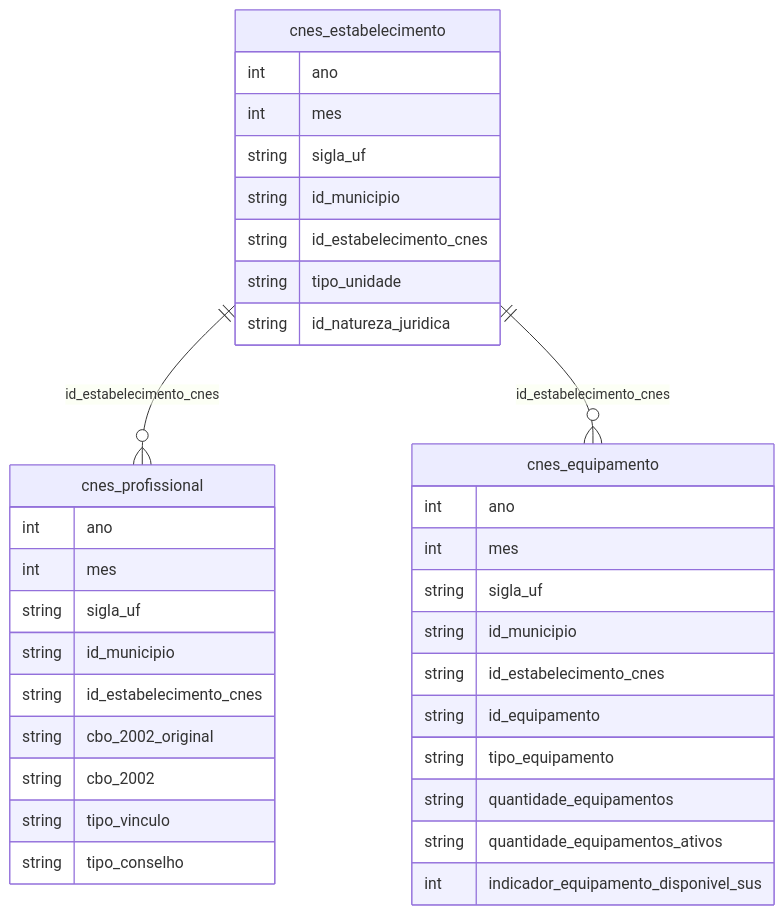
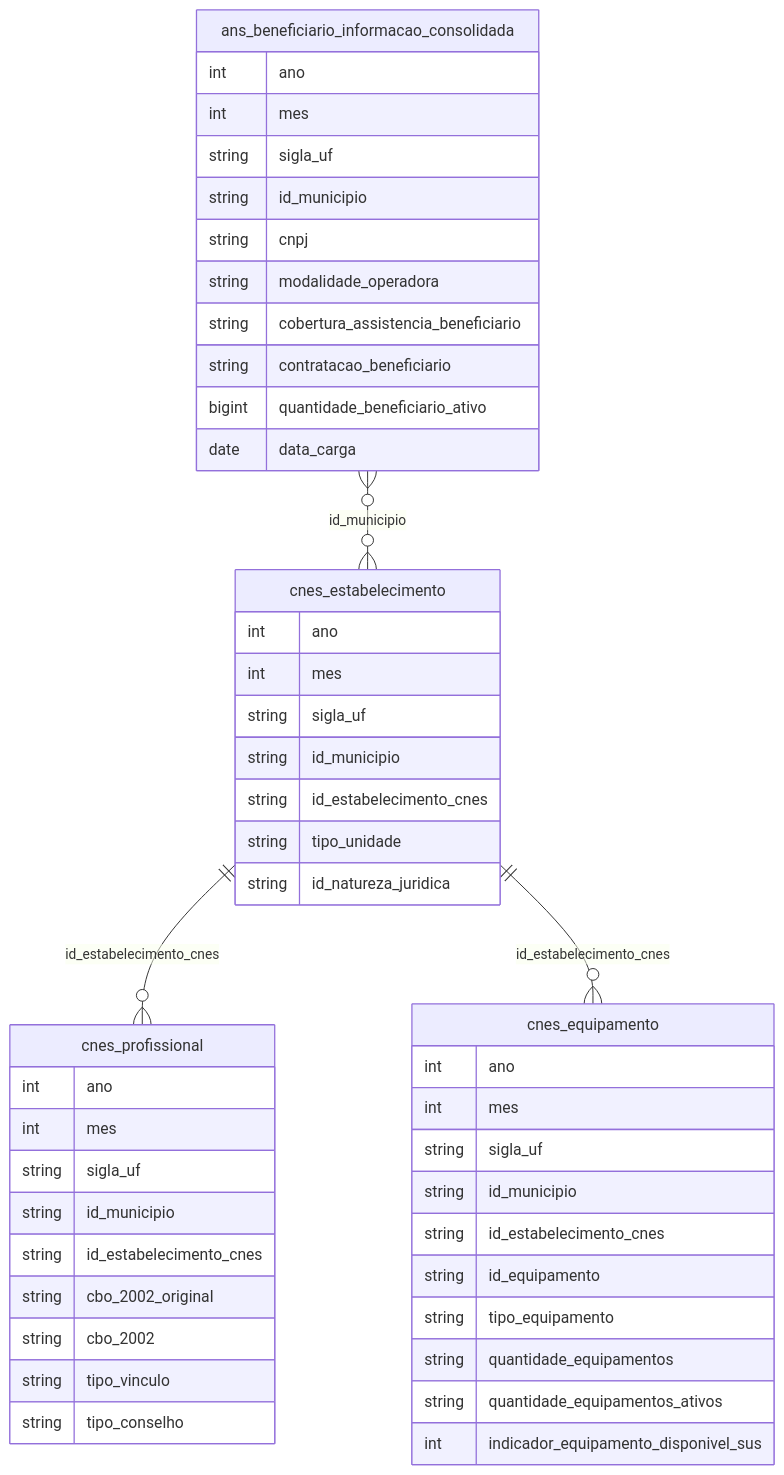
One commit to rafapolo/rodado changed the diagram in docs/mapa/overview/24_assistencia_saude.md. Above: the diagram before and after it, drawn with Mermaid. The commit also changed other lines of this file and 135 other files, not shown here.

````diff
--- a/docs/mapa/overview/24_assistencia_saude.md
+++ b/docs/mapa/overview/24_assistencia_saude.md
@@ -2,37 +2,50 @@
 ```mermaid
 erDiagram
     cnes_estabelecimento {
         int ano
         int mes
         string sigla_uf
         string id_municipio
         string id_estabelecimento_cnes
         string tipo_unidade
         string id_natureza_juridica
     }
     cnes_profissional {
         int ano
         int mes
         string sigla_uf
         string id_municipio
         string id_estabelecimento_cnes
         string cbo_2002_original
         string cbo_2002
         string tipo_vinculo
         string tipo_conselho
     }
     cnes_equipamento {
         int ano
         int mes
         string sigla_uf
         string id_municipio
         string id_estabelecimento_cnes
         string id_equipamento
         string tipo_equipamento
         string quantidade_equipamentos
         string quantidade_equipamentos_ativos
         int indicador_equipamento_disponivel_sus
     }
+    ans_beneficiario_informacao_consolidada {
+        int ano
+        int mes
+        string sigla_uf
+        string id_municipio
+        string cnpj
+        string modalidade_operadora
+        string cobertura_assistencia_beneficiario
+        string contratacao_beneficiario
+        bigint quantidade_beneficiario_ativo
+        date data_carga
+    }
     cnes_estabelecimento ||--o{ cnes_profissional : "id_estabelecimento_cnes"
     cnes_estabelecimento ||--o{ cnes_equipamento : "id_estabelecimento_cnes"
+    ans_beneficiario_informacao_consolidada }o--o{ cnes_estabelecimento : "id_municipio"
 ```
````
